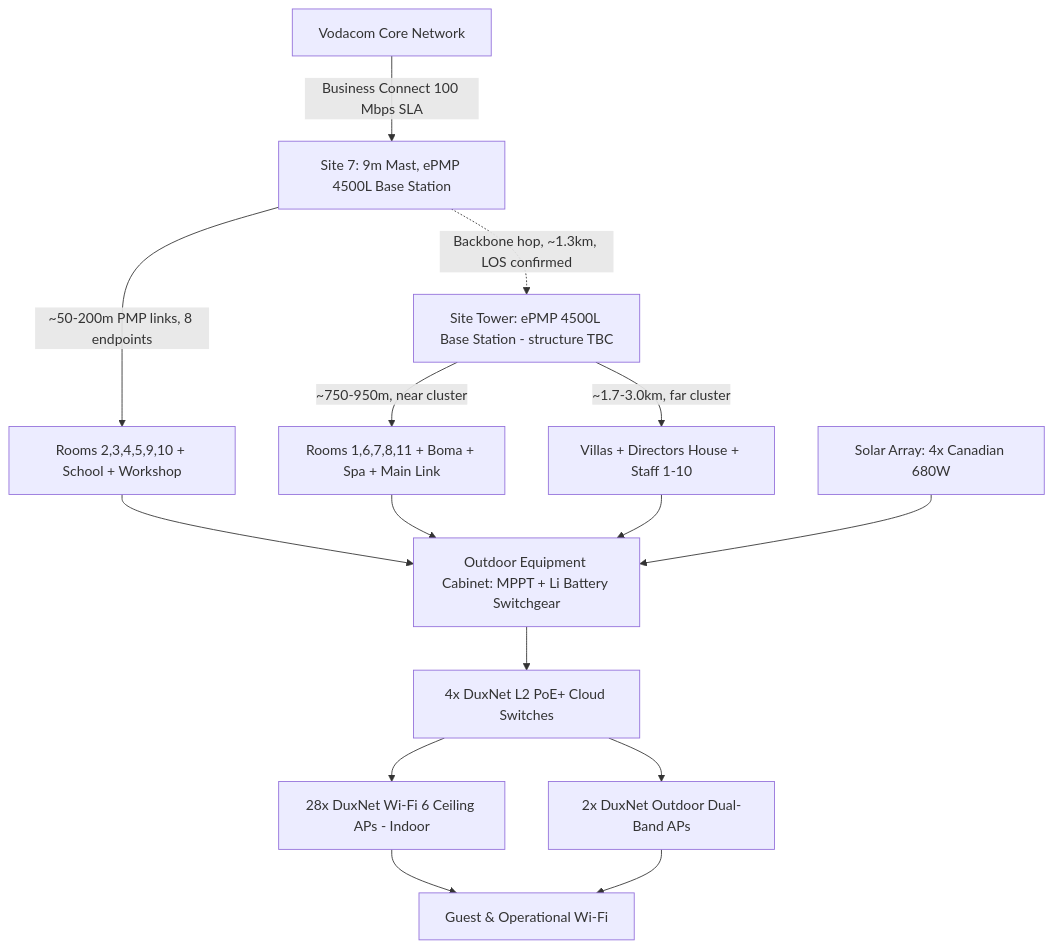
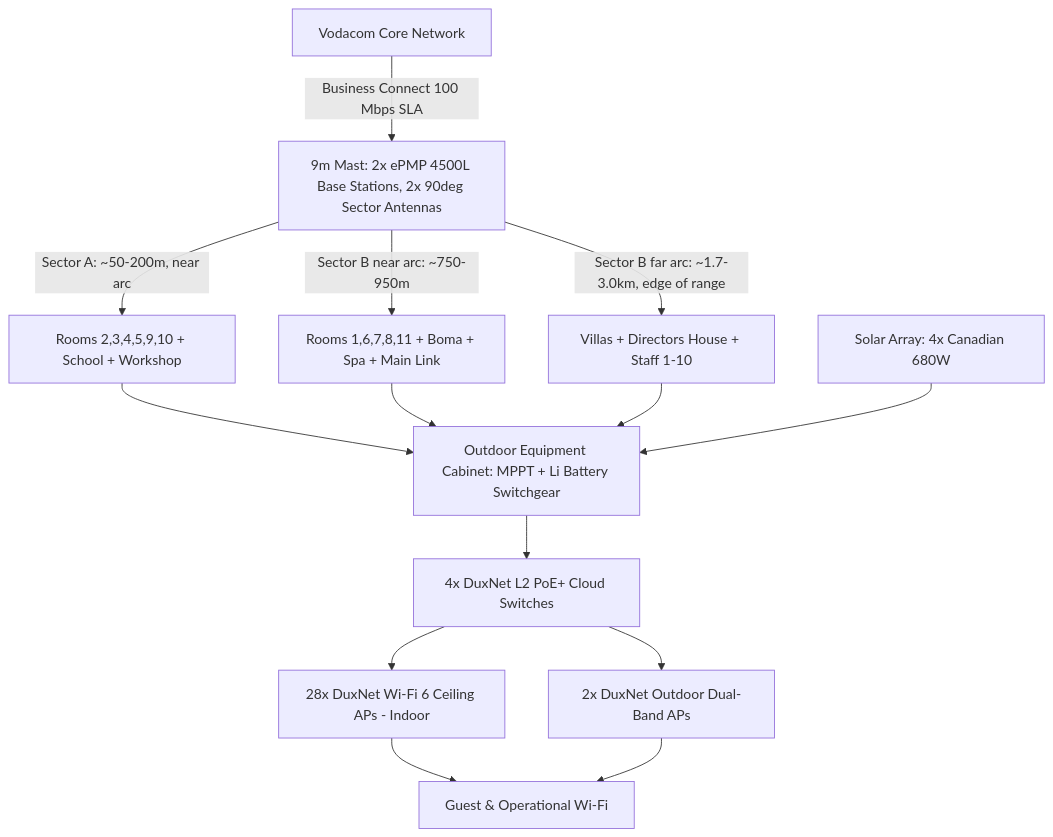
One commit to Gerhardhsmit/cttx-infrastructure-intelligence changed the diagram in proposals/CTTX_Quote_BarefootAddoElephantLodge_2026-09-25.md. Above: the diagram before and after it, drawn with Mermaid. The commit also changed other lines of this file, not shown here.

First line of the commit message:
Correct quote: single mast with two 90deg sectors, not two separate sites

````diff
--- a/proposals/CTTX_Quote_BarefootAddoElephantLodge_2026-09-25.md
+++ b/proposals/CTTX_Quote_BarefootAddoElephantLodge_2026-09-25.md
@@ -41,17 +42,16 @@
 ```mermaid
 graph TD
-    V[Vodacom Core Network] -->|Business Connect 100 Mbps SLA| S7[Site 7: 9m Mast, ePMP 4500L Base Station]
-    S7 -->|~50-200m PMP links, 8 endpoints| SUB1[Rooms 2,3,4,5,9,10 + School + Workshop]
-    S7 -.->|Backbone hop, ~1.3km, LOS confirmed| ST[Site Tower: ePMP 4500L Base Station - structure TBC]
-    ST -->|~750-950m, near cluster| SUB2[Rooms 1,6,7,8,11 + Boma + Spa + Main Link]
-    ST -->|~1.7-3.0km, far cluster| SUB3[Villas + Directors House + Staff 1-10]
+    V[Vodacom Core Network] -->|Business Connect 100 Mbps SLA| M[9m Mast: 2x ePMP 4500L Base Stations, 2x 90deg Sector Antennas]
+    M -->|Sector A: ~50-200m, near arc| SUB1[Rooms 2,3,4,5,9,10 + School + Workshop]
+    M -->|Sector B near arc: ~750-950m| SUB2[Rooms 1,6,7,8,11 + Boma + Spa + Main Link]
+    M -->|Sector B far arc: ~1.7-3.0km, edge of range| SUB3[Villas + Directors House + Staff 1-10]
     SUB1 --> CAB[Outdoor Equipment Cabinet: MPPT + Li Battery Switchgear]
     SUB2 --> CAB
     SUB3 --> CAB
     SOLAR[Solar Array: 4x Canadian 680W] --> CAB
     CAB --> SW[4x DuxNet L2 PoE+ Cloud Switches]
     SW --> APIN[28x DuxNet Wi-Fi 6 Ceiling APs - Indoor]
     SW --> APOUT[2x DuxNet Outdoor Dual-Band APs]
     APIN --> WIFI[Guest & Operational Wi-Fi]
     APOUT --> WIFI
 ```
````
